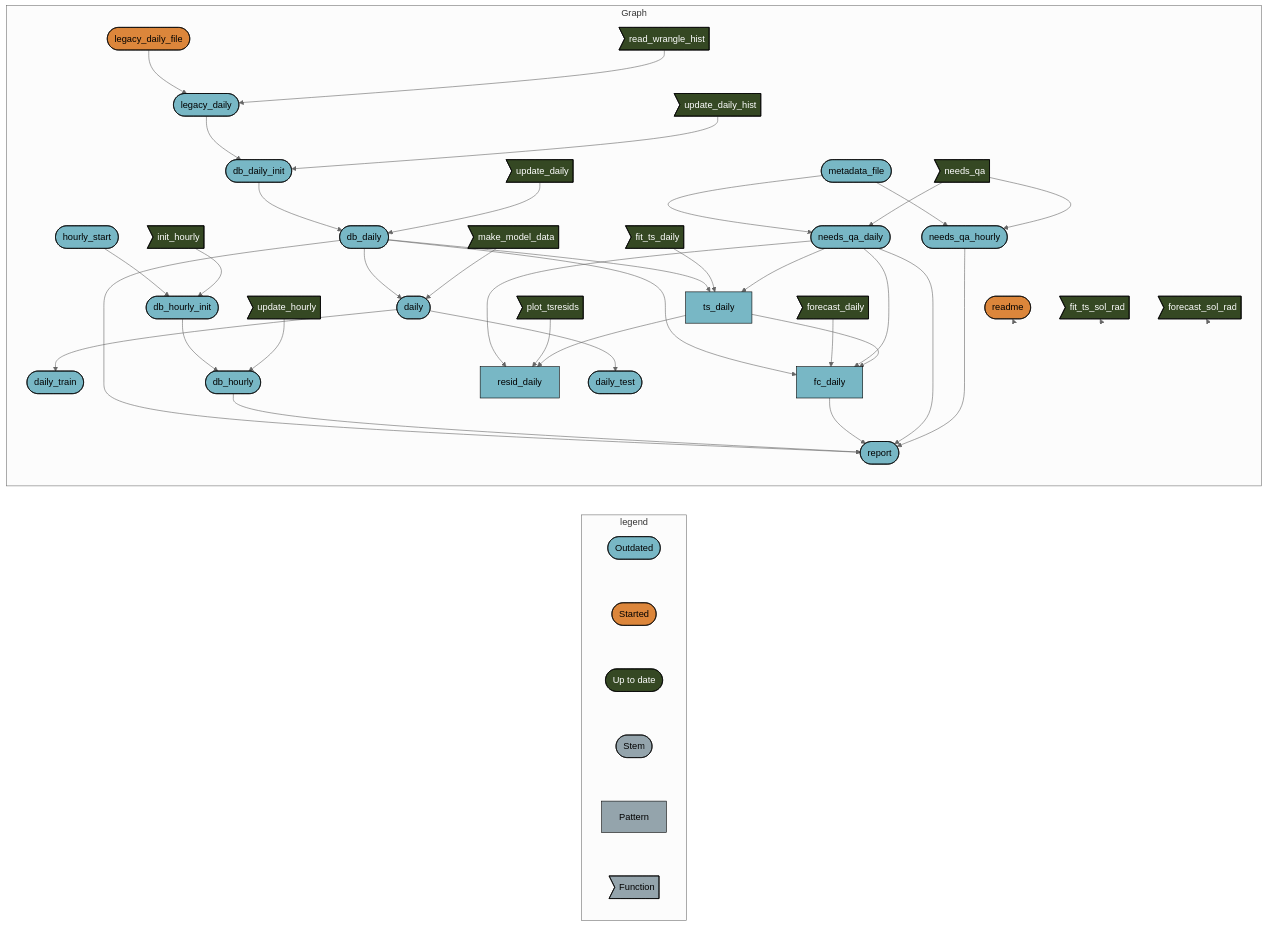
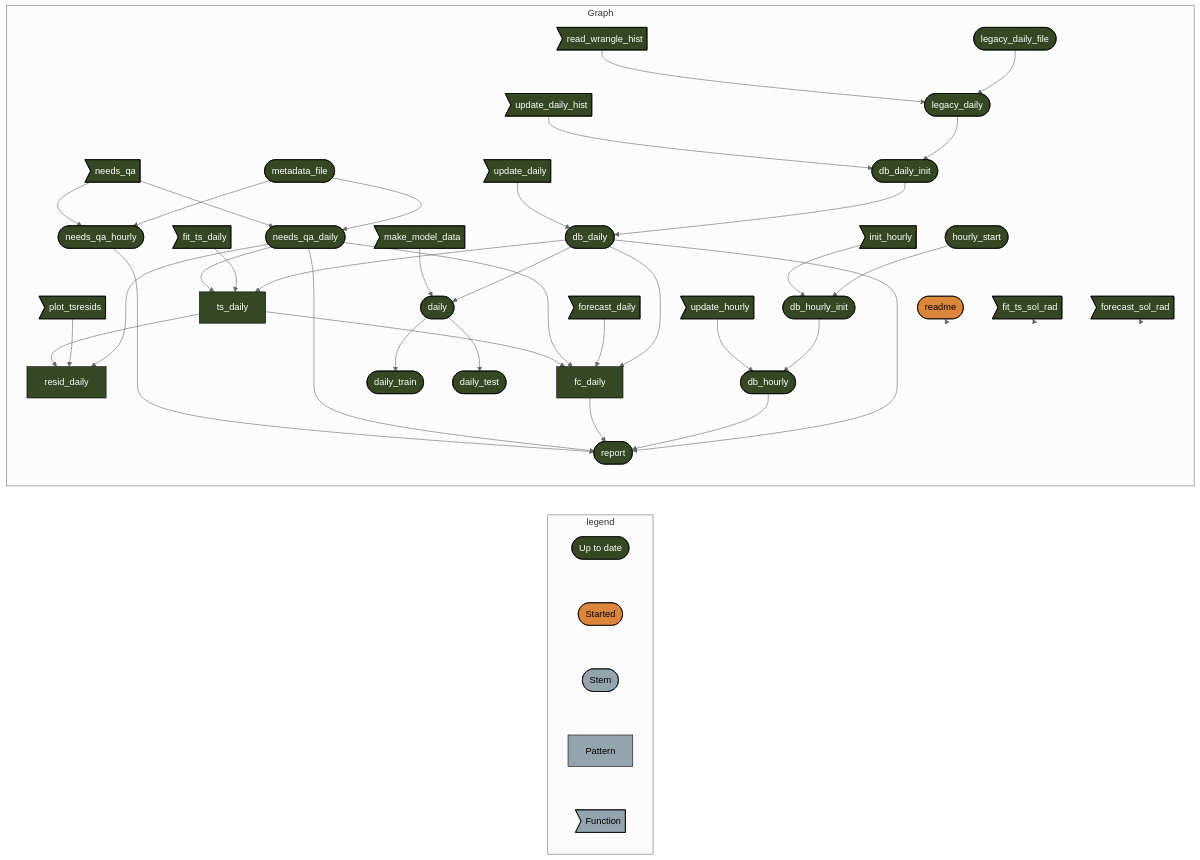
Before and after one commit to uace-azmet/azmet-forecast-qa: the diagram in README.md, drawn with Mermaid (neutral theme). The commit also changed other lines of this file and 2 other files, not shown here.

Commit message:
fix link to report

````diff
--- a/README.md
+++ b/README.md
@@ -31,60 +31,57 @@
 ``` mermaid
 graph LR
   subgraph legend
-    x0a52b03877696646([""Outdated""]):::outdated --- x5b3426b4c7fa7dbc([""Started""]):::started
-    x5b3426b4c7fa7dbc([""Started""]):::started --- x7420bd9270f8d27d([""Up to date""]):::uptodate
-    x7420bd9270f8d27d([""Up to date""]):::uptodate --- xbf4603d6c2c2ad6b([""Stem""]):::none
+    x7420bd9270f8d27d([""Up to date""]):::uptodate --- x5b3426b4c7fa7dbc([""Started""]):::started
+    x5b3426b4c7fa7dbc([""Started""]):::started --- xbf4603d6c2c2ad6b([""Stem""]):::none
     xbf4603d6c2c2ad6b([""Stem""]):::none --- x70a5fa6bea6f298d[""Pattern""]:::none
     x70a5fa6bea6f298d[""Pattern""]:::none --- xf0bce276fe2b9d3e>""Function""]:::none
   end
   subgraph Graph
-    x6233d5fdb54d5242(["daily"]):::outdated --> x9a0acd6e842eb2f0(["daily_train"]):::outdated
-    xff9b736edef41c8b(["legacy_daily"]):::outdated --> x1cab041545db0886(["db_daily_init"]):::outdated
-    x8b3096a190996662>"update_daily_hist"]:::uptodate --> x1cab041545db0886(["db_daily_init"]):::outdated
-    x44bd6feeb3fb18b4(["db_daily"]):::outdated --> xe0fba61fbc506510(["report"]):::outdated
-    xf4a7af7aeef4f182(["db_hourly"]):::outdated --> xe0fba61fbc506510(["report"]):::outdated
-    xdd96ec4b0bb5ab6b["fc_daily"]:::outdated --> xe0fba61fbc506510(["report"]):::outdated
-    xdfae9ea4e5207cef(["needs_qa_daily"]):::outdated --> xe0fba61fbc506510(["report"]):::outdated
-    xac2ac35653724b54(["needs_qa_hourly"]):::outdated --> xe0fba61fbc506510(["report"]):::outdated
-    x44bd6feeb3fb18b4(["db_daily"]):::outdated --> x6233d5fdb54d5242(["daily"]):::outdated
-    x5618af51994d1c2d>"make_model_data"]:::uptodate --> x6233d5fdb54d5242(["daily"]):::outdated
-    x44bd6feeb3fb18b4(["db_daily"]):::outdated --> xdd96ec4b0bb5ab6b["fc_daily"]:::outdated
-    x4bc7352f98499683>"forecast_daily"]:::uptodate --> xdd96ec4b0bb5ab6b["fc_daily"]:::outdated
-    xdfae9ea4e5207cef(["needs_qa_daily"]):::outdated --> xdd96ec4b0bb5ab6b["fc_daily"]:::outdated
-    x8ce8b31c737a2473["ts_daily"]:::outdated --> xdd96ec4b0bb5ab6b["fc_daily"]:::outdated
-    xd1a6dd314cda4831(["hourly_start"]):::outdated --> xba07353683c5dbf8(["db_hourly_init"]):::outdated
-    x7a5743c959c496f9>"init_hourly"]:::uptodate --> xba07353683c5dbf8(["db_hourly_init"]):::outdated
-    x1cab041545db0886(["db_daily_init"]):::outdated --> x44bd6feeb3fb18b4(["db_daily"]):::outdated
-    xed180ed90a78526a>"update_daily"]:::uptodate --> x44bd6feeb3fb18b4(["db_daily"]):::outdated
-    x1920bdb737e11d2e(["legacy_daily_file"]):::started --> xff9b736edef41c8b(["legacy_daily"]):::outdated
-    x842666df821db265>"read_wrangle_hist"]:::uptodate --> xff9b736edef41c8b(["legacy_daily"]):::outdated
-    xdfae9ea4e5207cef(["needs_qa_daily"]):::outdated --> x0bb4ecca77d3d4a0["resid_daily"]:::outdated
-    x10e889bcd8b0fd60>"plot_tsresids"]:::uptodate --> x0bb4ecca77d3d4a0["resid_daily"]:::outdated
-    x8ce8b31c737a2473["ts_daily"]:::outdated --> x0bb4ecca77d3d4a0["resid_daily"]:::outdated
-    x44bd6feeb3fb18b4(["db_daily"]):::outdated --> x8ce8b31c737a2473["ts_daily"]:::outdated
-    x4db87fff7f74933b>"fit_ts_daily"]:::uptodate --> x8ce8b31c737a2473["ts_daily"]:::outdated
-    xdfae9ea4e5207cef(["needs_qa_daily"]):::outdated --> x8ce8b31c737a2473["ts_daily"]:::outdated
-    x3d7b2a2ab5636113(["metadata_file"]):::outdated --> xdfae9ea4e5207cef(["needs_qa_daily"]):::outdated
-    x06ab7116eed66f15>"needs_qa"]:::uptodate --> xdfae9ea4e5207cef(["needs_qa_daily"]):::outdated
-    xba07353683c5dbf8(["db_hourly_init"]):::outdated --> xf4a7af7aeef4f182(["db_hourly"]):::outdated
-    x967af66f8b51e317>"update_hourly"]:::uptodate --> xf4a7af7aeef4f182(["db_hourly"]):::outdated
-    x3d7b2a2ab5636113(["metadata_file"]):::outdated --> xac2ac35653724b54(["needs_qa_hourly"]):::outdated
-    x06ab7116eed66f15>"needs_qa"]:::uptodate --> xac2ac35653724b54(["needs_qa_hourly"]):::outdated
-    x6233d5fdb54d5242(["daily"]):::outdated --> x7b318303b239462b(["daily_test"]):::outdated
+    x44bd6feeb3fb18b4(["db_daily"]):::uptodate --> x8ce8b31c737a2473["ts_daily"]:::uptodate
+    x4db87fff7f74933b>"fit_ts_daily"]:::uptodate --> x8ce8b31c737a2473["ts_daily"]:::uptodate
+    xdfae9ea4e5207cef(["needs_qa_daily"]):::uptodate --> x8ce8b31c737a2473["ts_daily"]:::uptodate
+    x1920bdb737e11d2e(["legacy_daily_file"]):::uptodate --> xff9b736edef41c8b(["legacy_daily"]):::uptodate
+    x842666df821db265>"read_wrangle_hist"]:::uptodate --> xff9b736edef41c8b(["legacy_daily"]):::uptodate
+    xdfae9ea4e5207cef(["needs_qa_daily"]):::uptodate --> x0bb4ecca77d3d4a0["resid_daily"]:::uptodate
+    x10e889bcd8b0fd60>"plot_tsresids"]:::uptodate --> x0bb4ecca77d3d4a0["resid_daily"]:::uptodate
+    x8ce8b31c737a2473["ts_daily"]:::uptodate --> x0bb4ecca77d3d4a0["resid_daily"]:::uptodate
+    x1cab041545db0886(["db_daily_init"]):::uptodate --> x44bd6feeb3fb18b4(["db_daily"]):::uptodate
+    xed180ed90a78526a>"update_daily"]:::uptodate --> x44bd6feeb3fb18b4(["db_daily"]):::uptodate
+    x3d7b2a2ab5636113(["metadata_file"]):::uptodate --> xac2ac35653724b54(["needs_qa_hourly"]):::uptodate
+    x06ab7116eed66f15>"needs_qa"]:::uptodate --> xac2ac35653724b54(["needs_qa_hourly"]):::uptodate
+    xba07353683c5dbf8(["db_hourly_init"]):::uptodate --> xf4a7af7aeef4f182(["db_hourly"]):::uptodate
+    x967af66f8b51e317>"update_hourly"]:::uptodate --> xf4a7af7aeef4f182(["db_hourly"]):::uptodate
+    x44bd6feeb3fb18b4(["db_daily"]):::uptodate --> x6233d5fdb54d5242(["daily"]):::uptodate
+    x5618af51994d1c2d>"make_model_data"]:::uptodate --> x6233d5fdb54d5242(["daily"]):::uptodate
+    x44bd6feeb3fb18b4(["db_daily"]):::uptodate --> xdd96ec4b0bb5ab6b["fc_daily"]:::uptodate
+    x4bc7352f98499683>"forecast_daily"]:::uptodate --> xdd96ec4b0bb5ab6b["fc_daily"]:::uptodate
+    xdfae9ea4e5207cef(["needs_qa_daily"]):::uptodate --> xdd96ec4b0bb5ab6b["fc_daily"]:::uptodate
+    x8ce8b31c737a2473["ts_daily"]:::uptodate --> xdd96ec4b0bb5ab6b["fc_daily"]:::uptodate
+    xd1a6dd314cda4831(["hourly_start"]):::uptodate --> xba07353683c5dbf8(["db_hourly_init"]):::uptodate
+    x7a5743c959c496f9>"init_hourly"]:::uptodate --> xba07353683c5dbf8(["db_hourly_init"]):::uptodate
+    x6233d5fdb54d5242(["daily"]):::uptodate --> x9a0acd6e842eb2f0(["daily_train"]):::uptodate
+    x3d7b2a2ab5636113(["metadata_file"]):::uptodate --> xdfae9ea4e5207cef(["needs_qa_daily"]):::uptodate
+    x06ab7116eed66f15>"needs_qa"]:::uptodate --> xdfae9ea4e5207cef(["needs_qa_daily"]):::uptodate
+    x44bd6feeb3fb18b4(["db_daily"]):::uptodate --> xe0fba61fbc506510(["report"]):::uptodate
+    xf4a7af7aeef4f182(["db_hourly"]):::uptodate --> xe0fba61fbc506510(["report"]):::uptodate
+    xdd96ec4b0bb5ab6b["fc_daily"]:::uptodate --> xe0fba61fbc506510(["report"]):::uptodate
+    xdfae9ea4e5207cef(["needs_qa_daily"]):::uptodate --> xe0fba61fbc506510(["report"]):::uptodate
+    xac2ac35653724b54(["needs_qa_hourly"]):::uptodate --> xe0fba61fbc506510(["report"]):::uptodate
+    x6233d5fdb54d5242(["daily"]):::uptodate --> x7b318303b239462b(["daily_test"]):::uptodate
+    xff9b736edef41c8b(["legacy_daily"]):::uptodate --> x1cab041545db0886(["db_daily_init"]):::uptodate
+    x8b3096a190996662>"update_daily_hist"]:::uptodate --> x1cab041545db0886(["db_daily_init"]):::uptodate
     x6e52cb0f1668cc22(["readme"]):::started --> x6e52cb0f1668cc22(["readme"]):::started
     xcc4a333b0a3d9708>"fit_ts_sol_rad"]:::uptodate --> xcc4a333b0a3d9708>"fit_ts_sol_rad"]:::uptodate
     x9b63e5b64de3fce2>"forecast_sol_rad"]:::uptodate --> x9b63e5b64de3fce2>"forecast_sol_rad"]:::uptodate
   end
-  classDef outdated stroke:#000000,color:#000000,fill:#78B7C5;
+  classDef uptodate stroke:#000000,color:#ffffff,fill:#354823;
   classDef started stroke:#000000,color:#000000,fill:#DC863B;
-  classDef uptodate stroke:#000000,color:#ffffff,fill:#354823;
   classDef none stroke:#000000,color:#000000,fill:#94a4ac;
   linkStyle 0 stroke-width:0px;
   linkStyle 1 stroke-width:0px;
   linkStyle 2 stroke-width:0px;
   linkStyle 3 stroke-width:0px;
-  linkStyle 4 stroke-width:0px;
+  linkStyle 37 stroke-width:0px;
   linkStyle 38 stroke-width:0px;
   linkStyle 39 stroke-width:0px;
-  linkStyle 40 stroke-width:0px;
 ```
````
